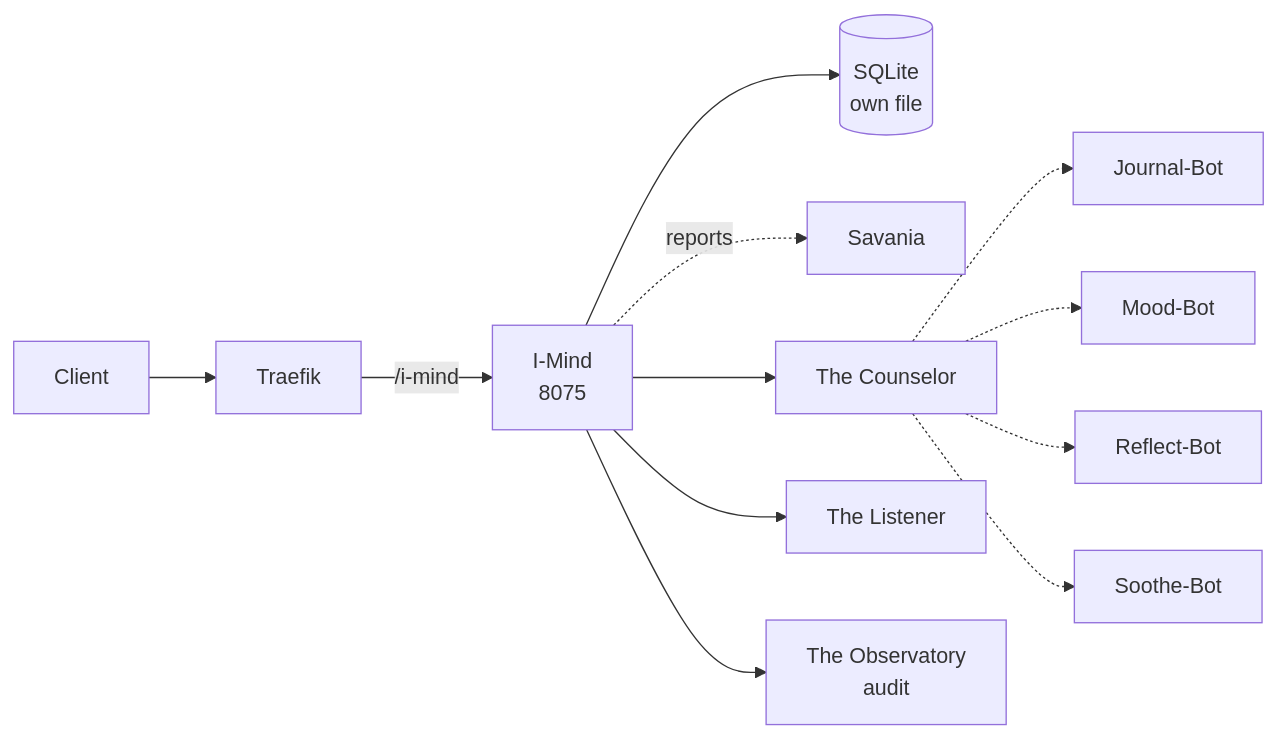
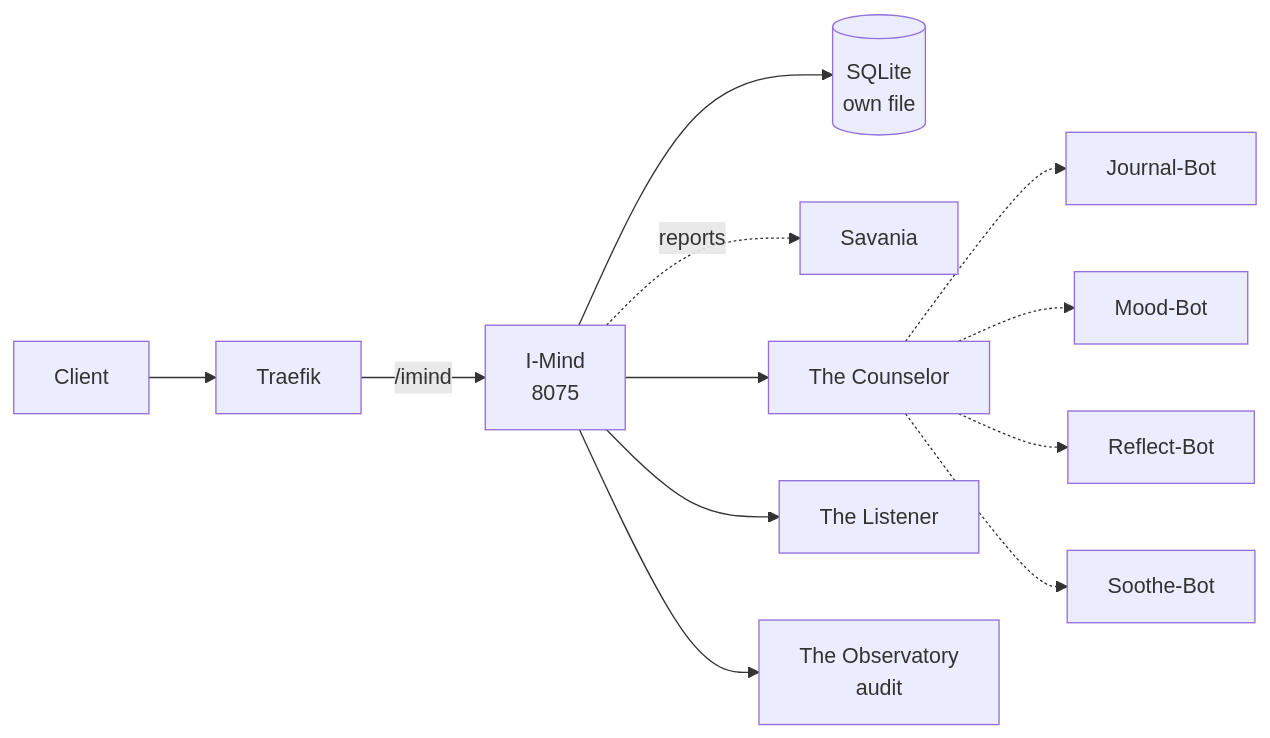
One commit to Trancendos/Tranc3 changed the diagram in docs/solution-packs/i-mind.md. Above: the diagram before and after it, drawn with Mermaid. The commit also changed other lines of this file and 64 other files, not shown here.

````diff
--- a/docs/solution-packs/i-mind.md
+++ b/docs/solution-packs/i-mind.md
@@ -72,14 +72,14 @@
 ```mermaid
 flowchart LR
     C[Client] --> T[Traefik]
-    T -->|/i-mind| S[I-Mind<br/>8075]
+    T -->|/imind| S[I-Mind<br/>8075]
     S --> DB[(SQLite<br/>own file)]
     S -.reports.-> P[Savania]
     S --> AA[The Counselor]
     S --> AB[The Listener]
     AA -.-> JournalBot[Journal-Bot]
     AA -.-> MoodBot[Mood-Bot]
     AA -.-> ReflectBot[Reflect-Bot]
     AA -.-> SootheBot[Soothe-Bot]
     S --> OBS[The Observatory<br/>audit]
 ```
````
